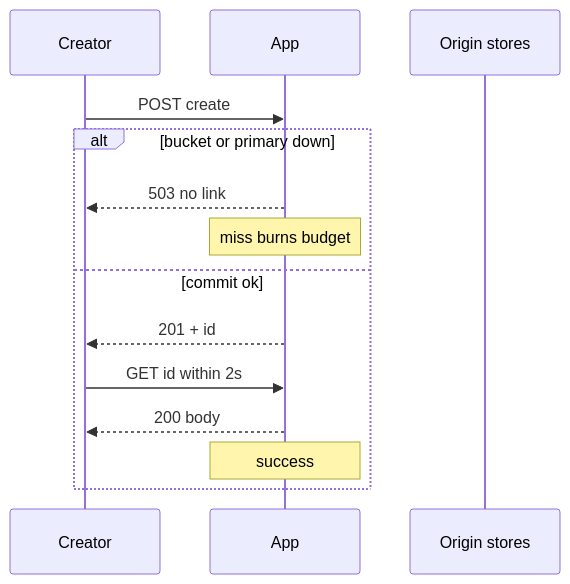
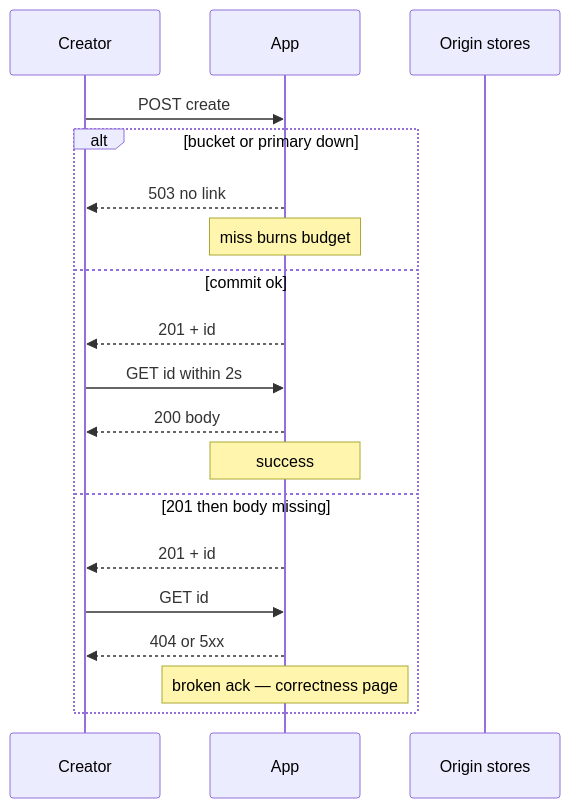
One commit to arunveersingh/faang-system-design-90-days changed the second of 2 diagrams in days/78-slos-and-the-miss-a-user-sees.md. Above: the diagram before and after it, drawn with Mermaid. The commit also changed other lines of this file, not shown here.

````diff
--- a/days/78-slos-and-the-miss-a-user-sees.md
+++ b/days/78-slos-and-the-miss-a-user-sees.md
@@ -124,16 +132,21 @@
 ```mermaid
 sequenceDiagram
   participant U as Creator
   participant A as App
   participant O as Origin stores
   U->>A: POST create
   alt bucket or primary down
     A-->>U: 503 no link
     Note over A: miss burns budget
   else commit ok
     A-->>U: 201 + id
     U->>A: GET id within 2s
     A-->>U: 200 body
     Note over A: success
+  else 201 then body missing
+    A-->>U: 201 + id
+    U->>A: GET id
+    A-->>U: 404 or 5xx
+    Note over A: broken ack — correctness page
   end
 ```
````
